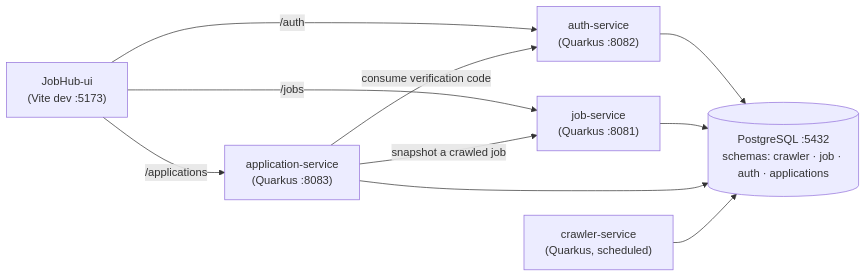
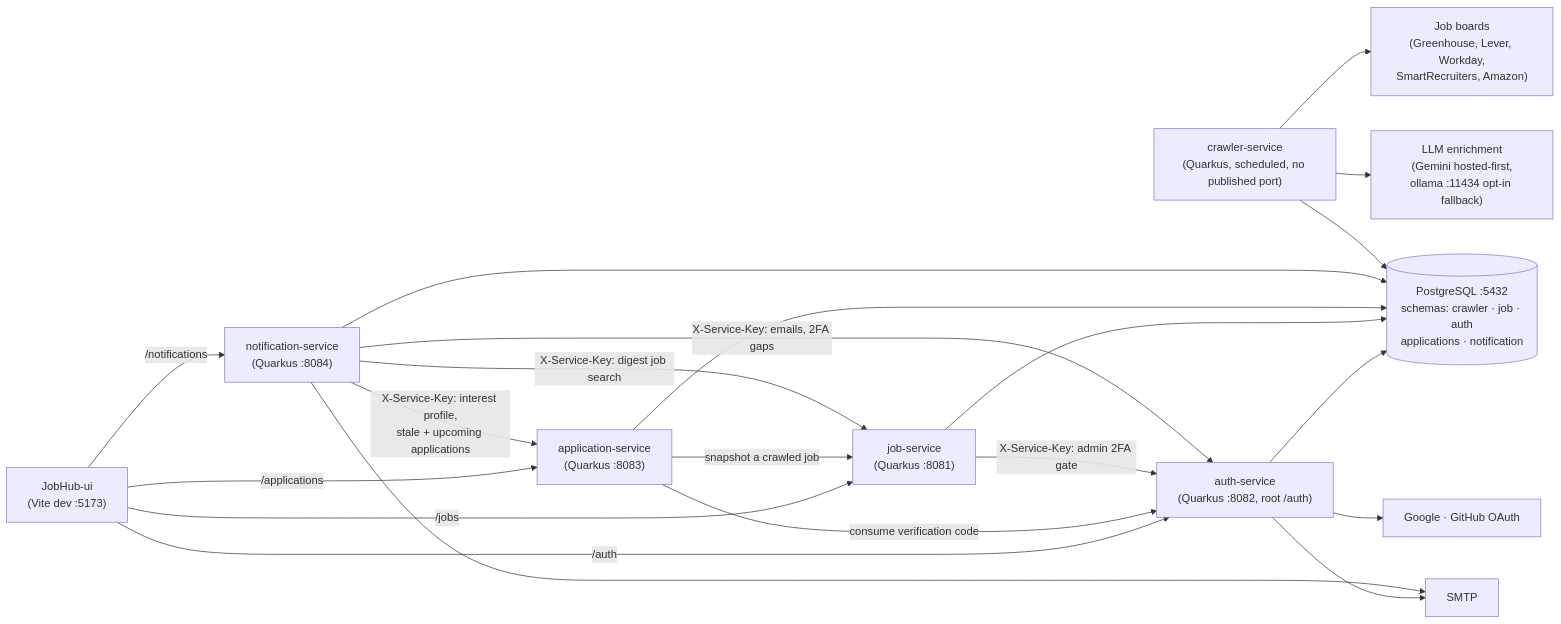
Before and after one commit to DavidRodriguez-create/JobHub: the diagram in README.md, drawn with Mermaid. The commit also changed other lines of this file and 1062 other files, not shown here.

Commit message:
Publish JobHub (snapshot of 165a191)

````diff
--- a/README.md
+++ b/README.md
@@ -14,19 +15,38 @@
 ```mermaid
 graph LR
     UI["JobHub-ui<br/>(Vite dev :5173)"]
-    Auth["auth-service<br/>(Quarkus :8082)"]
+    Auth["auth-service<br/>(Quarkus :8082, root /auth)"]
     Job["job-service<br/>(Quarkus :8081)"]
     App["application-service<br/>(Quarkus :8083)"]
-    Crawler["crawler-service<br/>(Quarkus, scheduled)"]
-    DB[("PostgreSQL :5432<br/>schemas: crawler · job · auth · applications")]
+    Notif["notification-service<br/>(Quarkus :8084)"]
+    Crawler["crawler-service<br/>(Quarkus, scheduled, no published port)"]
+    DB[("PostgreSQL :5432<br/>schemas: crawler · job · auth<br/>applications · notification")]
+    Boards["Job boards<br/>(Greenhouse, Lever, Workday,<br/>SmartRecruiters, Amazon)"]
+    LLM["LLM enrichment<br/>(Gemini hosted-first,<br/>ollama :11434 opt-in fallback)"]
+    SMTP["SMTP"]
+    OAuth["Google · GitHub OAuth"]
 
-    UI -- "/auth"         --> Auth
-    UI -- "/jobs"         --> Job
-    UI -- "/applications" --> App
+    UI -- "/auth"          --> Auth
+    UI -- "/jobs"          --> Job
+    UI -- "/applications"  --> App
+    UI -- "/notifications" --> Notif
+
     App -- "snapshot a crawled job" --> Job
     App -- "consume verification code" --> Auth
-    Auth --> DB
-    Job --> DB
-    App --> DB
+    Job -- "X-Service-Key: admin 2FA gate" --> Auth
+    Notif -- "X-Service-Key: emails, 2FA gaps" --> Auth
+    Notif -- "X-Service-Key: interest profile,<br/>stale + upcoming applications" --> App
+    Notif -- "X-Service-Key: digest job search" --> Job
+
+    Auth  --> DB
+    Job   --> DB
+    App   --> DB
+    Notif --> DB
     Crawler --> DB
+
+    Crawler --> Boards
+    Crawler --> LLM
+    Auth  --> OAuth
+    Auth  --> SMTP
+    Notif --> SMTP
 ```
````
